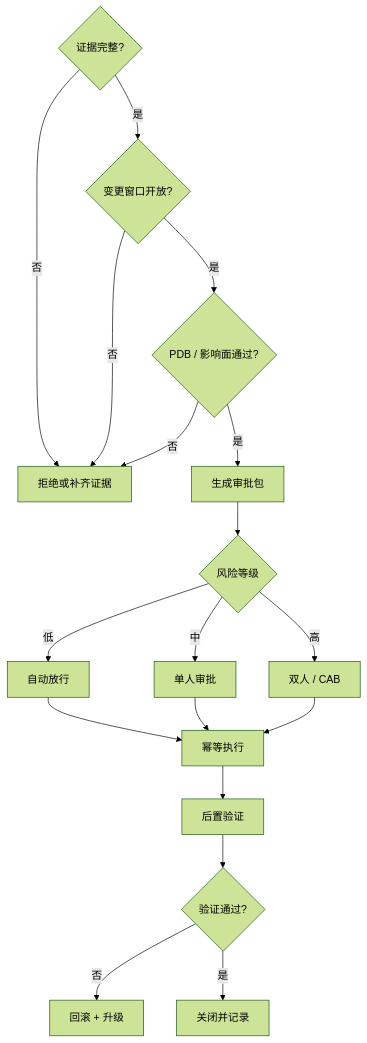
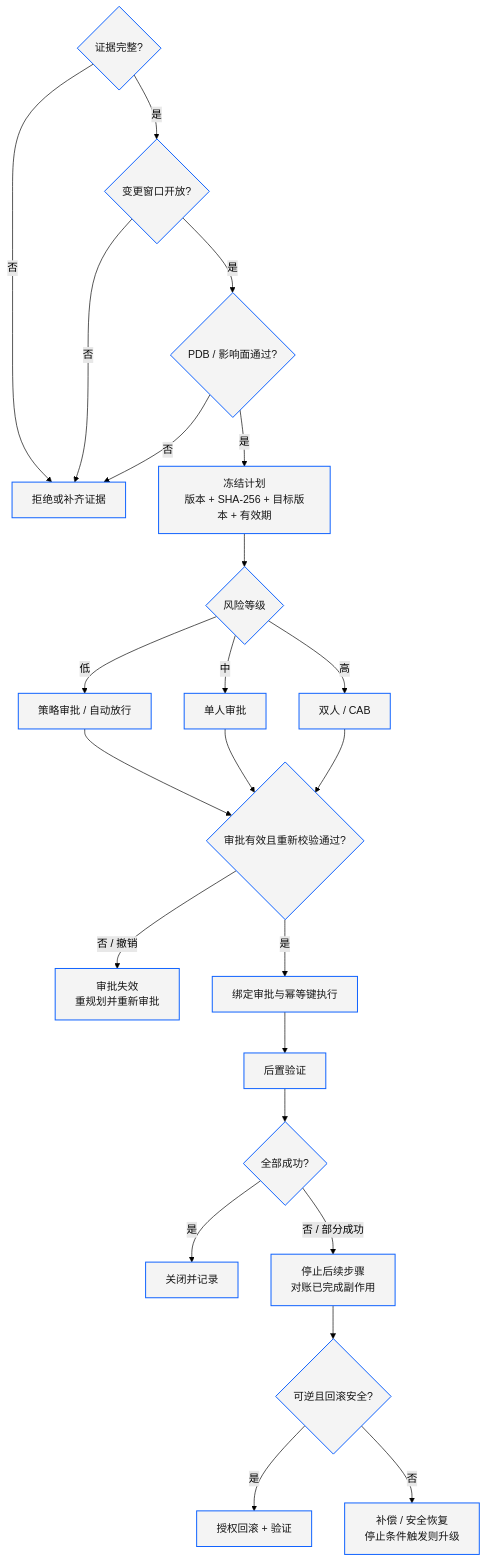
One commit to ai-guru-global/the-ops-agent-book changed the second of 2 diagrams in docs/guide/05-tools-permissions.md. Above: the diagram before and after it, drawn with Mermaid (forest theme). The commit also changed other lines of this file and 144 other files, not shown here.

````diff
--- a/docs/guide/05-tools-permissions.md
+++ b/docs/guide/05-tools-permissions.md
@@ -97,20 +130,28 @@
 ```mermaid
 flowchart TD
   A{证据完整?} -- 否 --> X[拒绝或补齐证据]
   A -- 是 --> B{变更窗口开放?}
   B -- 否 --> X
   B -- 是 --> C{PDB / 影响面通过?}
   C -- 否 --> X
-  C -- 是 --> D[生成审批包]
+  C -- 是 --> D[冻结计划<br/>版本 + SHA-256 + 目标版本 + 有效期]
   D --> E{风险等级}
-  E -- 低 --> F[自动放行]
+  E -- 低 --> F[策略审批 / 自动放行]
   E -- 中 --> G[单人审批]
   E -- 高 --> H[双人 / CAB]
-  F --> I[幂等执行]
-  G --> I
-  H --> I
+  F --> V{审批有效且重新校验通过?}
+  G --> V
+  H --> V
+  V -- 否 / 撤销 --> R[审批失效<br/>重规划并重新审批]
+  V -- 是 --> I[绑定审批与幂等键执行]
   I --> J[后置验证]
-  J --> K{验证通过?}
-  K -- 否 --> L[回滚 + 升级]
+  J --> K{全部成功?}
   K -- 是 --> M[关闭并记录]
+  K -- 否 / 部分成功 --> N[停止后续步骤<br/>对账已完成副作用]
+  N --> Q{可逆且回滚安全?}
+  Q -- 是 --> L[授权回滚 + 验证]
+  Q -- 否 --> S[补偿 / 安全恢复<br/>停止条件触发则升级]
+
+  classDef diagram fill:#f4f4f4,stroke:#0f62fe,stroke-width:1.5px,color:#161616;
+  class A,B,C,D,E,F,G,H,V,I,J,K,M,N,Q,L,S,R,X diagram;
 ```
````
